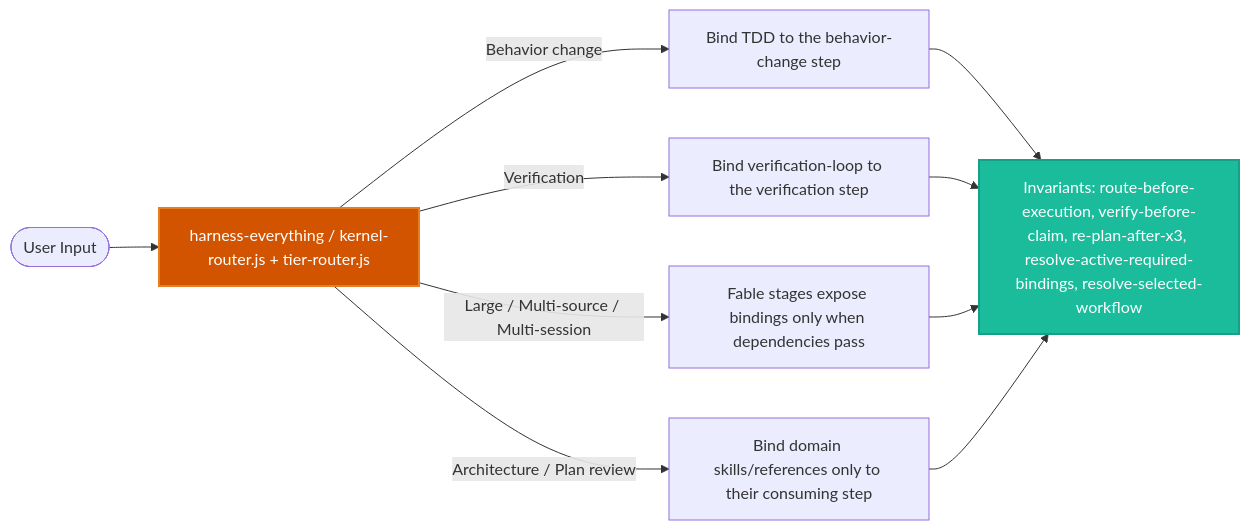
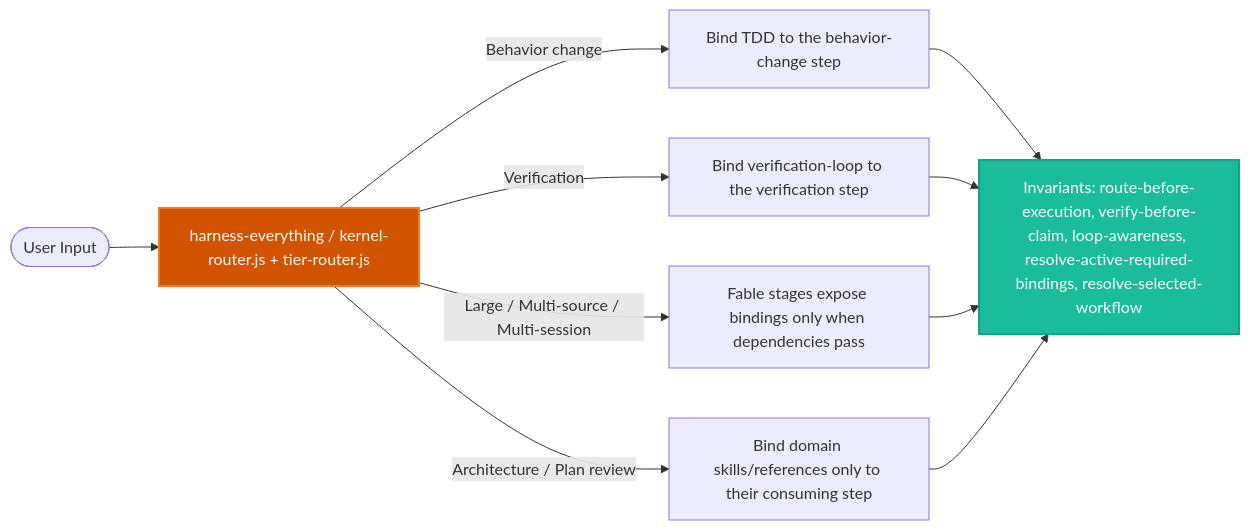
Before and after one commit to dyphn1/Harness-everything: the second of 3 diagrams in docs/workflows/harness-everything.md, drawn with Mermaid. The commit also changed other lines of this file and 16 other files, not shown here.

````diff
--- a/docs/workflows/harness-everything.md
+++ b/docs/workflows/harness-everything.md
@@ -42,17 +42,17 @@
 ```mermaid
 graph LR
   UserPrompt([User Input]) --> Router["harness-everything / kernel-router.js + tier-router.js"]
 
   Router -->|Behavior change| Ch1["Bind TDD to the behavior-change step"]
   Router -->|Verification| Ch2["Bind verification-loop to the verification step"]
   Router -->|Large / Multi-source / Multi-session| Ch3["Fable stages expose bindings only when dependencies pass"]
   Router -->|Architecture / Plan review| Ch4["Bind domain skills/references only to their consuming step"]
 
-  Ch1 --> Invariants["Invariants: route-before-execution, verify-before-claim, re-plan-after-x3, resolve-active-required-bindings, resolve-selected-workflow"]
+  Ch1 --> Invariants["Invariants: route-before-execution, verify-before-claim, loop-awareness, resolve-active-required-bindings, resolve-selected-workflow"]
   Ch2 --> Invariants
   Ch3 --> Invariants
   Ch4 --> Invariants
 
   style Router fill:#d35400,stroke:#e67e22,stroke-width:2px,color:#ffffff
   style Invariants fill:#1abc9c,stroke:#16a085,stroke-width:2px,color:#ffffff
 ```
````
